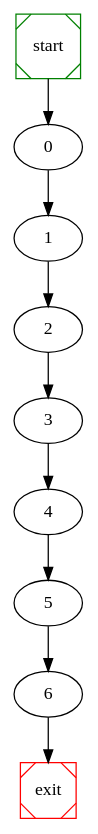
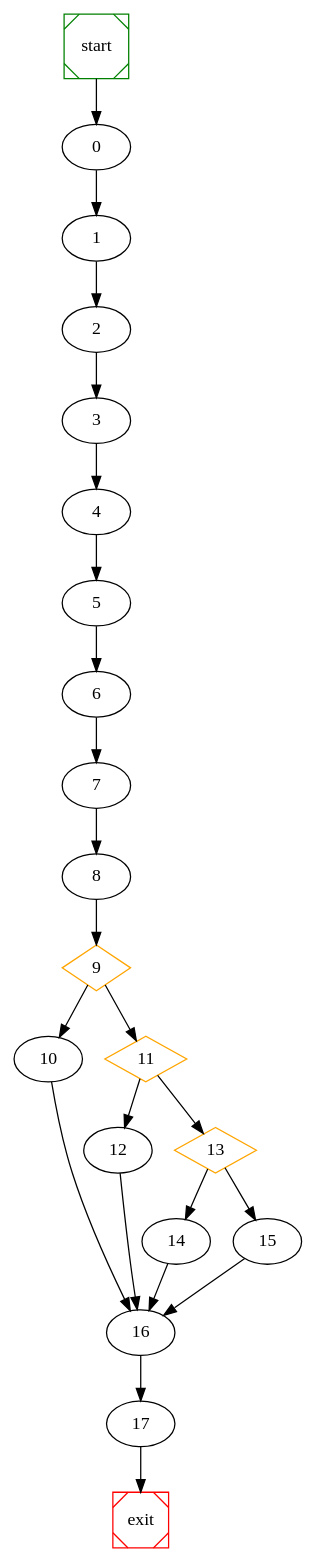
One commit to NabeelQaiser/BTP_2k18-19 changed the diagram in cnf/raw_graph.dot. Above: the diagram before and after it, drawn with Graphviz. The commit also changed 4 other files, not shown here.

```diff
--- a/cnf/raw_graph.dot
+++ b/cnf/raw_graph.dot
@@ -1,15 +1,32 @@
 # dot file created at runtime
 
 digraph G {
 	start -> 0;
 	0 -> 1 ;
 	1 -> 2 ;
 	2 -> 3 ;
 	3 -> 4 ;
 	4 -> 5 ;
 	5 -> 6 ;
-	6 -> exit;
+	6 -> 7 ;
+	7 -> 8 ;
+	9 [shape=diamond, color=orange] ;
+	9 -> 10 ;
+	11 [shape=diamond, color=orange] ;
+	9 -> 11 ;
+	11 -> 12 ;
+	13 [shape=diamond, color=orange] ;
+	11 -> 13 ;
+	13 -> 14 ;
+	13 -> 15 ;
+	8 -> 9 ;
+	15 -> 16 ;
+	12 -> 16 ;
+	14 -> 16 ;
+	10 -> 16 ;
+	16 -> 17 ;
+	17 -> exit;
 
 	start [shape=Msquare, color=green];
 	exit [shape=Msquare, color=red];
 }
```
